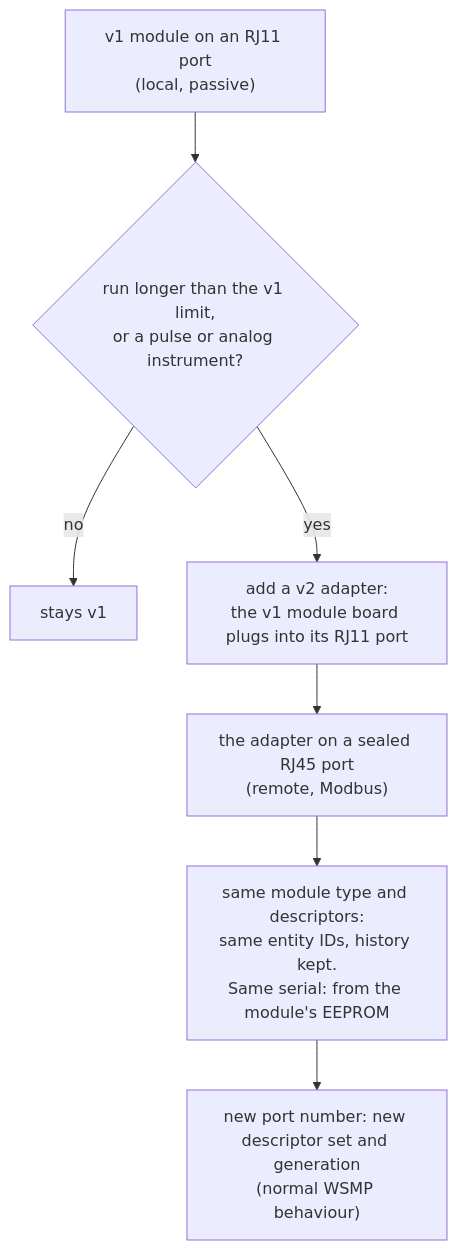
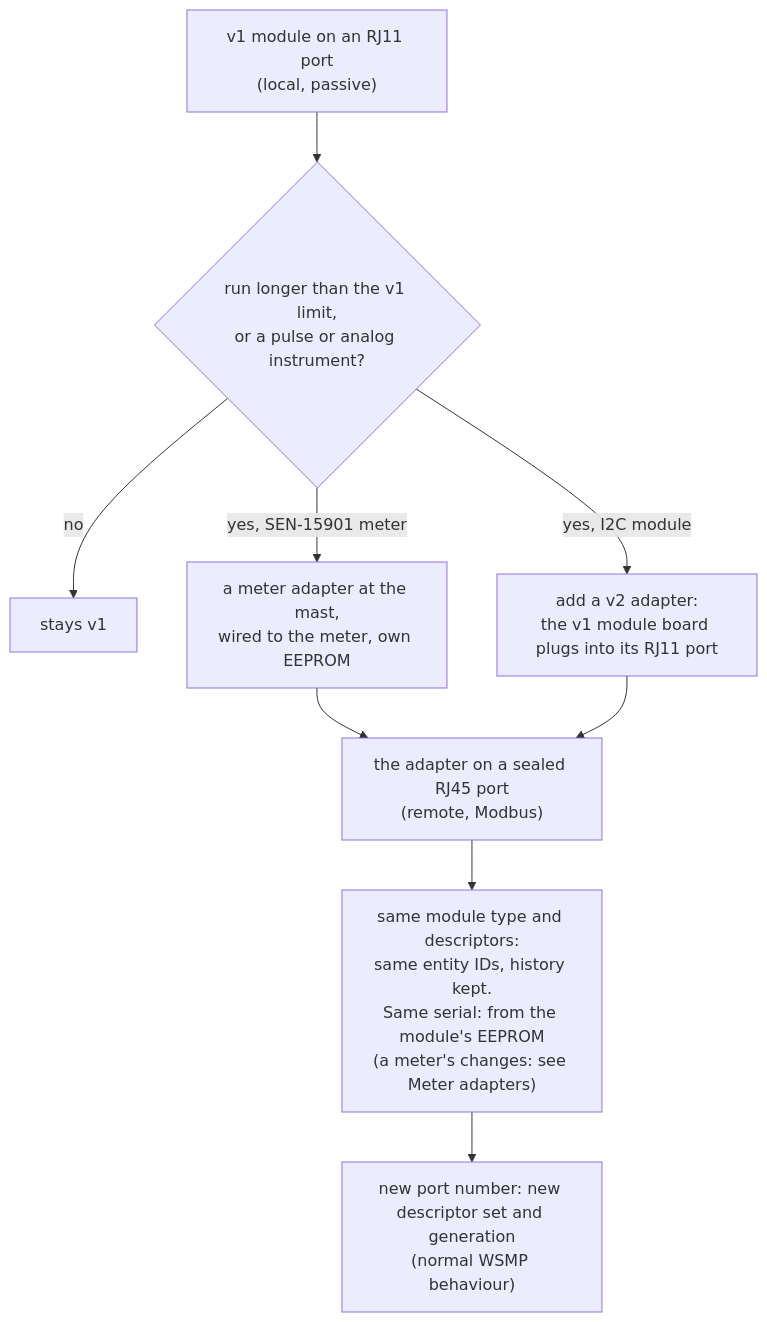
Diagram 11 of 11 in docs/superpowers/specs/2026-10-21-sensor-module-ports-design.md (clintecker/weather-station-2026), drawn with Mermaid before and after one commit. The commit also changed other lines of this file, not shown here.

First line of the commit message:
Spec: meter adapters are the one v2 exception; PORT-13 and the flowchart exempt meters

````diff
--- a/docs/superpowers/specs/2026-10-21-sensor-module-ports-design.md
+++ b/docs/superpowers/specs/2026-10-21-sensor-module-ports-design.md
@@ -669,9 +675,11 @@
 ```mermaid
 flowchart TD
   A["v1 module on an RJ11 port<br/>(local, passive)"] --> Q{"run longer than the v1 limit,<br/>or a pulse or analog instrument?"}
   Q -- no --> STAY["stays v1"]
-  Q -- yes --> B["add a v2 adapter:<br/>the v1 module board plugs into its RJ11 port"]
+  Q -- "yes, I2C module" --> B["add a v2 adapter:<br/>the v1 module board plugs into its RJ11 port"]
+  Q -- "yes, SEN-15901 meter" --> M["a meter adapter at the mast,<br/>wired to the meter, own EEPROM"]
+  M --> C
   B --> C["the adapter on a sealed RJ45 port<br/>(remote, Modbus)"]
-  C --> D["same module type and descriptors:<br/>same entity IDs, history kept.<br/>Same serial: from the module's EEPROM"]
+  C --> D["same module type and descriptors:<br/>same entity IDs, history kept.<br/>Same serial: from the module's EEPROM<br/>(a meter's changes: see Meter adapters)"]
   D --> E["new port number: new descriptor set and generation<br/>(normal WSMP behaviour)"]
 ```
````
